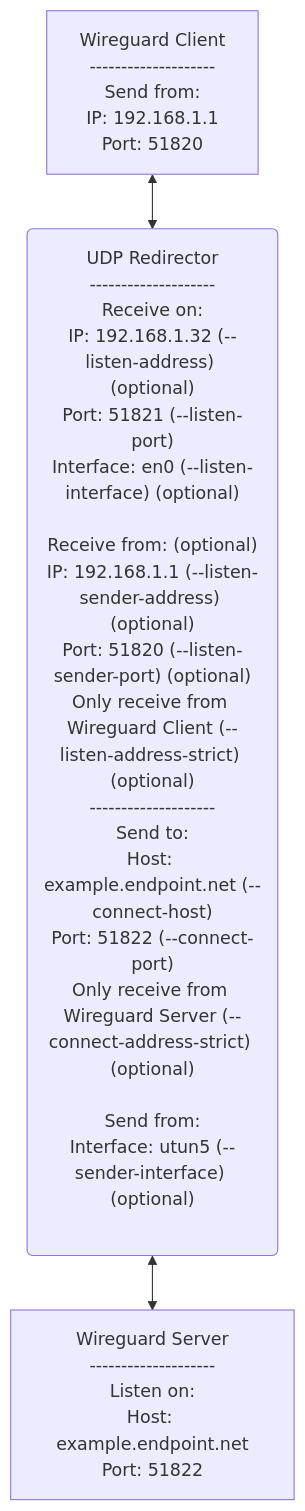
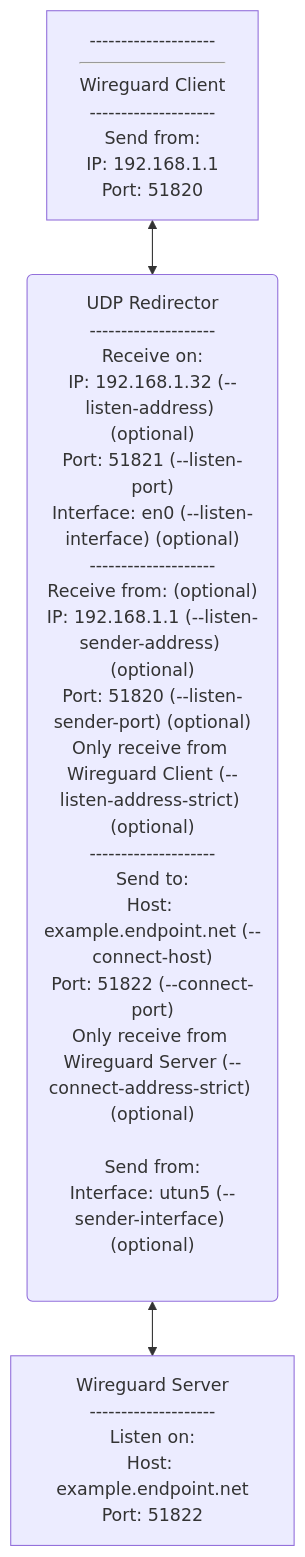
Before and after one commit to danpodeanu/udp-redirect: the diagram in README.md, drawn with Mermaid.

Commit message:
Improve README.md example clarity

````diff
--- a/README.md
+++ b/README.md
@@ -42,5 +42,5 @@
 ```mermaid
 graph TD
-    A["Wireguard Client<br/>--------------------<br/>Send from:<br/>IP: 192.168.1.1<br/>Port: 51820"] <--> B("UDP Redirector<br/>--------------------<br/>Receive on:<br/>IP: 192.168.1.32 (--listen-address) (optional)<br/>Port: 51821 (--listen-port)<br/>Interface: en0 (--listen-interface) (optional)<br/><br/>Receive from: (optional)<br/>IP: 192.168.1.1 (--listen-sender-address) (optional)<br/>Port: 51820 (--listen-sender-port) (optional)<br/>Only receive from Wireguard Client (--listen-address-strict) (optional)<br/>--------------------<br/>Send to:<br/>Host: example.endpoint.net (--connect-host)</br>Port: 51822 (--connect-port)<br/>Only receive from Wireguard Server (--connect-address-strict) (optional)<br/><br/>Send from:<br/>Interface: utun5 (--sender-interface) (optional)<br/><br/>")
+    A["--------------------<br/><hr>Wireguard Client<br/>--------------------<br/>Send from:<br/>IP: 192.168.1.1<br/>Port: 51820"] <--> B("UDP Redirector<br/>--------------------<br/>Receive on:<br/>IP: 192.168.1.32 (--listen-address) (optional)<br/>Port: 51821 (--listen-port)<br/>Interface: en0 (--listen-interface) (optional)<br/>--------------------<br/>Receive from: (optional)<br/>IP: 192.168.1.1 (--listen-sender-address) (optional)<br/>Port: 51820 (--listen-sender-port) (optional)<br/>Only receive from Wireguard Client (--listen-address-strict) (optional)<br/>--------------------<br/>Send to:<br/>Host: example.endpoint.net (--connect-host)</br>Port: 51822 (--connect-port)<br/>Only receive from Wireguard Server (--connect-address-strict) (optional)<br/><br/>Send from:<br/>Interface: utun5 (--sender-interface) (optional)<br/><br/>")
     B <--> C["Wireguard Server<br/>--------------------<br/>Listen on:<br/>Host: example.endpoint.net<br/>Port: 51822"]
 ```
````
